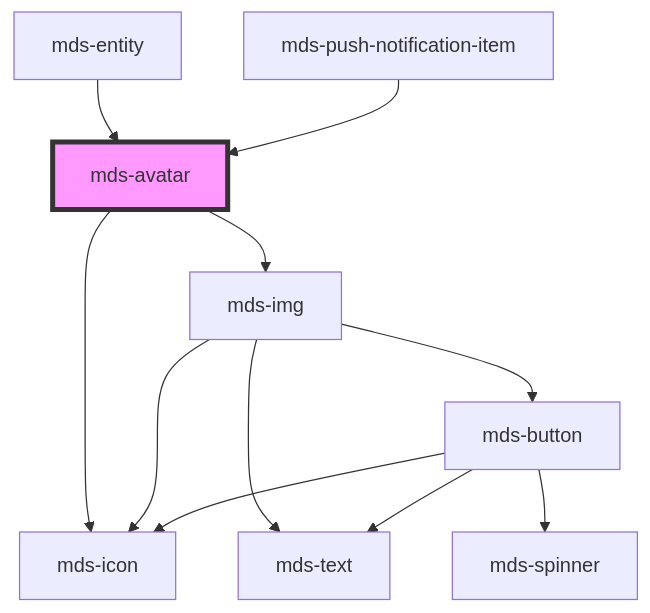
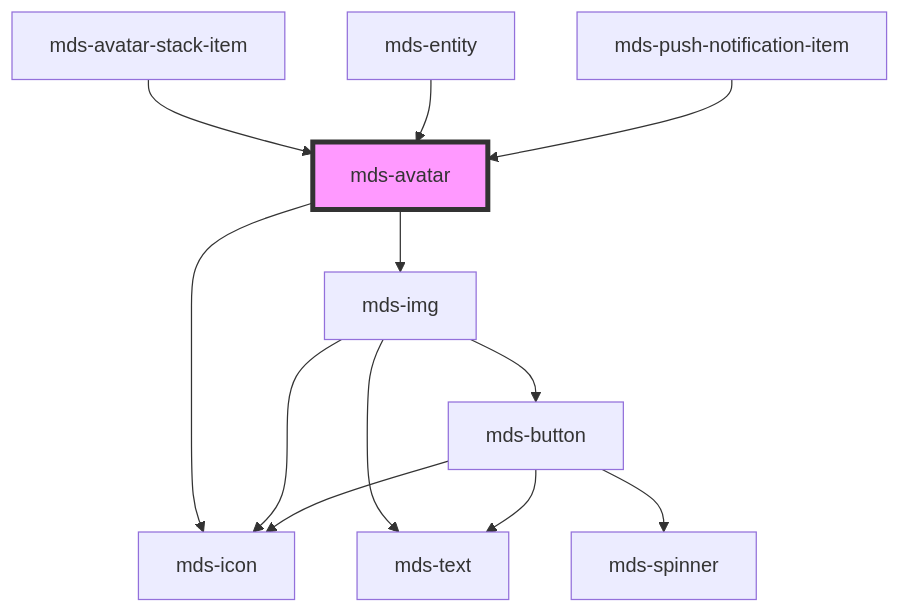
Before and after one commit to magma-design-system/magma: the diagram in projects/stencil/src/components/mds-avatar/readme.md, drawn with Mermaid. The commit also changed other lines of this file and 1 other file, not shown here.

Commit message:
feat(mds-avatar): add count attribute

````diff
--- a/projects/stencil/src/components/mds-avatar/readme.md
+++ b/projects/stencil/src/components/mds-avatar/readme.md
@@ -122,14 +114,15 @@
 ```mermaid
 graph TD;
   mds-avatar --> mds-img
   mds-avatar --> mds-icon
   mds-img --> mds-icon
   mds-img --> mds-text
   mds-img --> mds-button
   mds-button --> mds-spinner
   mds-button --> mds-icon
   mds-button --> mds-text
+  mds-avatar-stack-item --> mds-avatar
   mds-entity --> mds-avatar
   mds-push-notification-item --> mds-avatar
   style mds-avatar fill:#f9f,stroke:#333,stroke-width:4px
 ```
````
